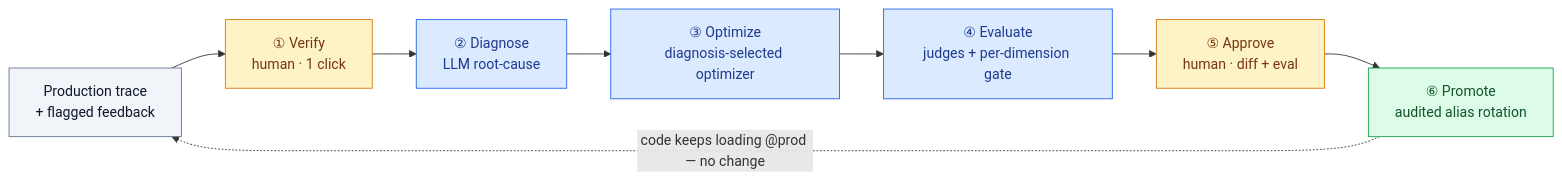
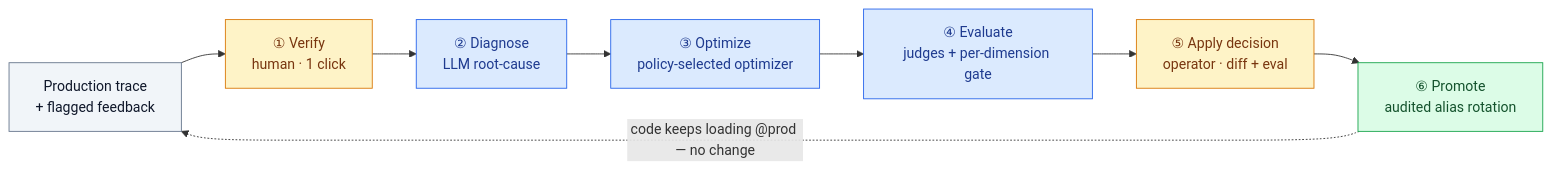
Before and after one commit to rrahimi-uci/caliber-suite: the diagram in caliber/caliber-ui/public/docs/m-00-refinement-loop.md, drawn with Mermaid. The commit also changed other lines of this file and 237 other files, not shown here.

````diff
--- a/caliber/caliber-ui/public/docs/m-00-refinement-loop.md
+++ b/caliber/caliber-ui/public/docs/m-00-refinement-loop.md
@@ -9,18 +9,18 @@
 ```mermaid
 flowchart LR
     trace["Production trace<br/>+ flagged feedback"]:::src
     verify["① Verify<br/>human · 1 click"]:::human
     diagnose["② Diagnose<br/>LLM root-cause"]:::auto
-    optimize["③ Optimize<br/>diagnosis-selected optimizer"]:::auto
+    optimize["③ Optimize<br/>policy-selected optimizer"]:::auto
     evaluate["④ Evaluate<br/>judges + per-dimension gate"]:::auto
-    approve["⑤ Approve<br/>human · diff + eval"]:::human
+    approve["⑤ Apply decision<br/>operator · diff + eval"]:::human
     promote["⑥ Promote<br/>audited alias rotation"]:::ship
 
     trace --> verify --> diagnose --> optimize --> evaluate --> approve --> promote
     promote -.->|"code keeps loading @prod — no change"| trace
 
     classDef src fill:#f1f5f9,stroke:#64748b,color:#0f172a;
     classDef human fill:#fef3c7,stroke:#d97706,color:#78350f;
     classDef auto fill:#dbeafe,stroke:#2563eb,color:#1e3a8f;
     classDef ship fill:#dcfce7,stroke:#16a34a,color:#14532d;
 ```
````
